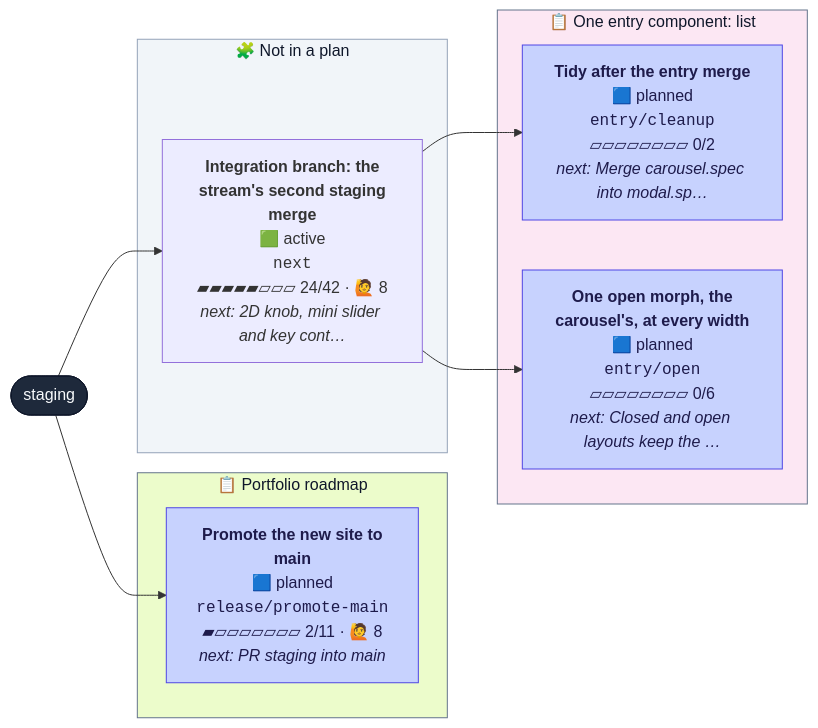
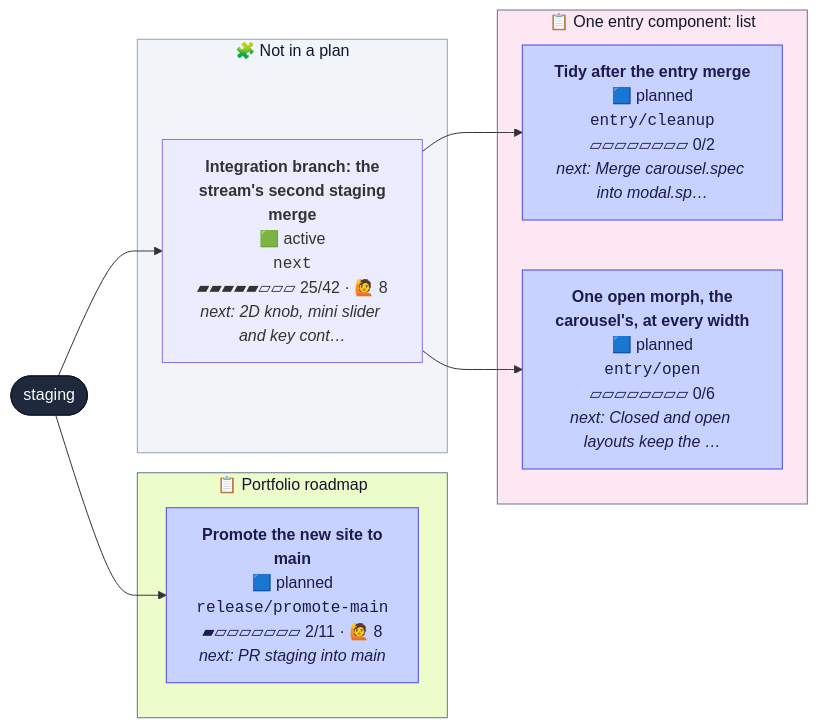
The second of 2 diagrams in CONTRIBUTING.md (henryjonescodes/portfolio), drawn with Mermaid before and after one commit. The commit also changed other lines of this file, not shown here.

````diff
--- a/CONTRIBUTING.md
+++ b/CONTRIBUTING.md
@@ -37,33 +37,33 @@
 ```mermaid
 flowchart LR
   n_staging([staging])
   class n_staging trunk
   subgraph plan_1["📋 One entry component: list"]
     n_entry_cleanup["<b>Tidy after the entry merge</b><br/>🟦 planned<br/><code>entry/cleanup</code><br/>▱▱▱▱▱▱▱▱ 0/2<br/><i>next: Merge carousel.spec into modal.sp…</i>"]
     class n_entry_cleanup planned
     n_entry_open["<b>One open morph, the<br/>carousel's, at every width</b><br/>🟦 planned<br/><code>entry/open</code><br/>▱▱▱▱▱▱▱▱ 0/6<br/><i>next: Closed and open layouts keep the …</i>"]
     class n_entry_open planned
   end
   style plan_1 fill:#fce7f3,stroke:#64748b,color:#0f172a
   subgraph plan_2["📋 Portfolio roadmap"]
     n_release_promote_main["<b>Promote the new site to<br/>main</b><br/>🟦 planned<br/><code>release/promote-main</code><br/>▰▱▱▱▱▱▱▱ 2/11 · 🙋 8<br/><i>next: PR staging into main</i>"]
     class n_release_promote_main planned
   end
   style plan_2 fill:#ecfccb,stroke:#64748b,color:#0f172a
   subgraph loose["🧩 Not in a plan"]
-    n_next["<b>Integration branch: the<br/>stream's second staging<br/>merge</b><br/>🟩 active<br/><code>next</code><br/>▰▰▰▰▰▱▱▱ 24/42 · 🙋 8<br/><i>next: 2D knob, mini slider and key cont…</i>"]
+    n_next["<b>Integration branch: the<br/>stream's second staging<br/>merge</b><br/>🟩 active<br/><code>next</code><br/>▰▰▰▰▰▱▱▱ 25/42 · 🙋 8<br/><i>next: 2D knob, mini slider and key cont…</i>"]
     class n_next active,current
   end
   style loose fill:#f1f5f9,stroke:#94a3b8,color:#0f172a
   n_next --> n_entry_cleanup
   n_next --> n_entry_open
   n_staging --> n_next
   n_staging --> n_release_promote_main
   classDef planned fill:#c7d2fe,stroke:#4f46e5,color:#1e1b4b
   classDef sketched fill:#f8fafc,stroke:#64748b,stroke-dasharray:4 3,color:#334155
   classDef active fill:#bbf7d0,stroke:#16a34a,stroke-width:3px,color:#052e16
   classDef review fill:#fde68a,stroke:#d97706,stroke-width:3px,color:#451a03
   classDef blocked fill:#fecaca,stroke:#dc2626,stroke-width:3px,color:#450a0a
   classDef trunk fill:#1e293b,stroke:#0f172a,color:#f8fafc
   classDef current stroke:#0ea5e9,stroke-width:5px
 ```
````
